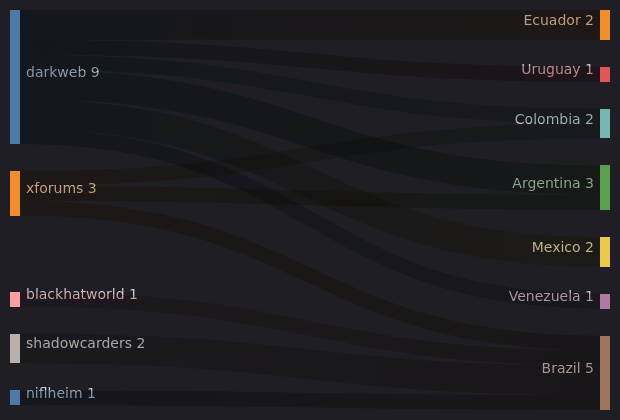
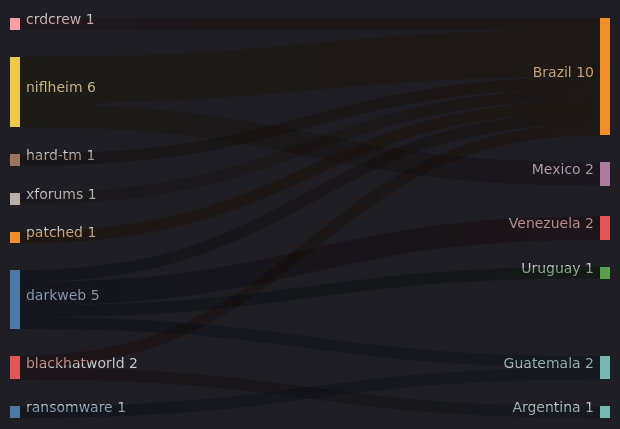
One commit to ZoqueLabs/website changed the fourth of 5 diagrams in exfiltradaz.md. Above: the diagram before and after it, drawn with Mermaid. The commit also changed other lines of this file and 1 other file, not shown here.

````diff
--- a/exfiltradaz.md
+++ b/exfiltradaz.md
@@ -97,19 +99,20 @@
 ```mermaid
 ---
 config:
   theme: dark
 ---
 sankey-beta
-  darkweb,Ecuador,2
+  darkweb,Brazil,1
+  darkweb,Venezuela,2
+  darkweb,Guatemala,1
   darkweb,Uruguay,1
-  darkweb,Colombia,1
-  darkweb,Argentina,2
-  darkweb,Mexico,2
-  darkweb,Venezuela,1
+  niflheim,Brazil,4
+  niflheim,Mexico,2
+  crdcrew,Brazil,1
+  hard-tm,Brazil,1
+  xforums,Brazil,1
+  ransomware,Guatemala,1
+  patched,Brazil,1
   blackhatworld,Brazil,1
-  shadowcarders,Brazil,2
-  niflheim,Brazil,1
-  xforums,Colombia,1
-  xforums,Brazil,1
-  xforums,Argentina,1
+  blackhatworld,Argentina,1
 ```
````
